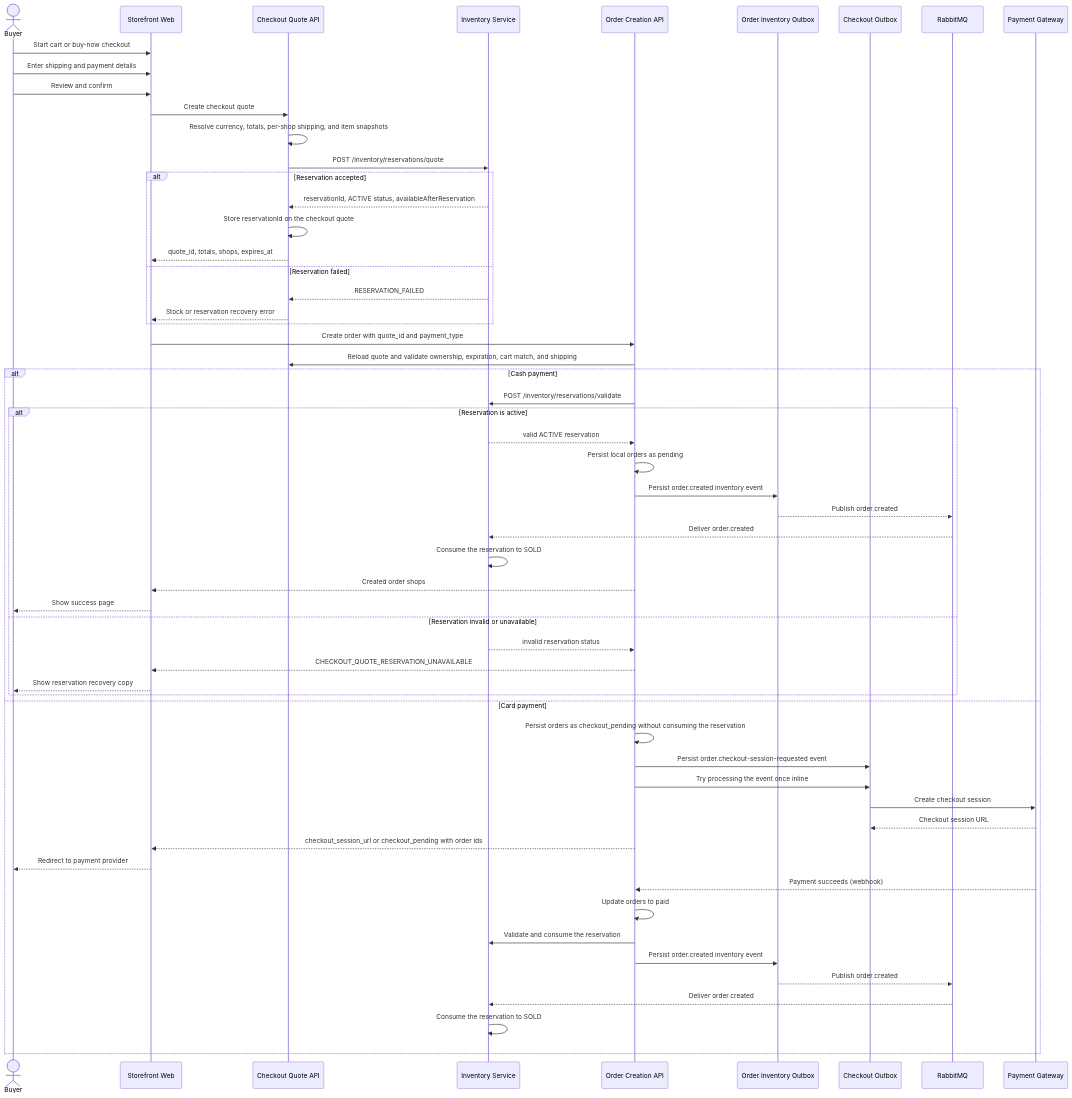
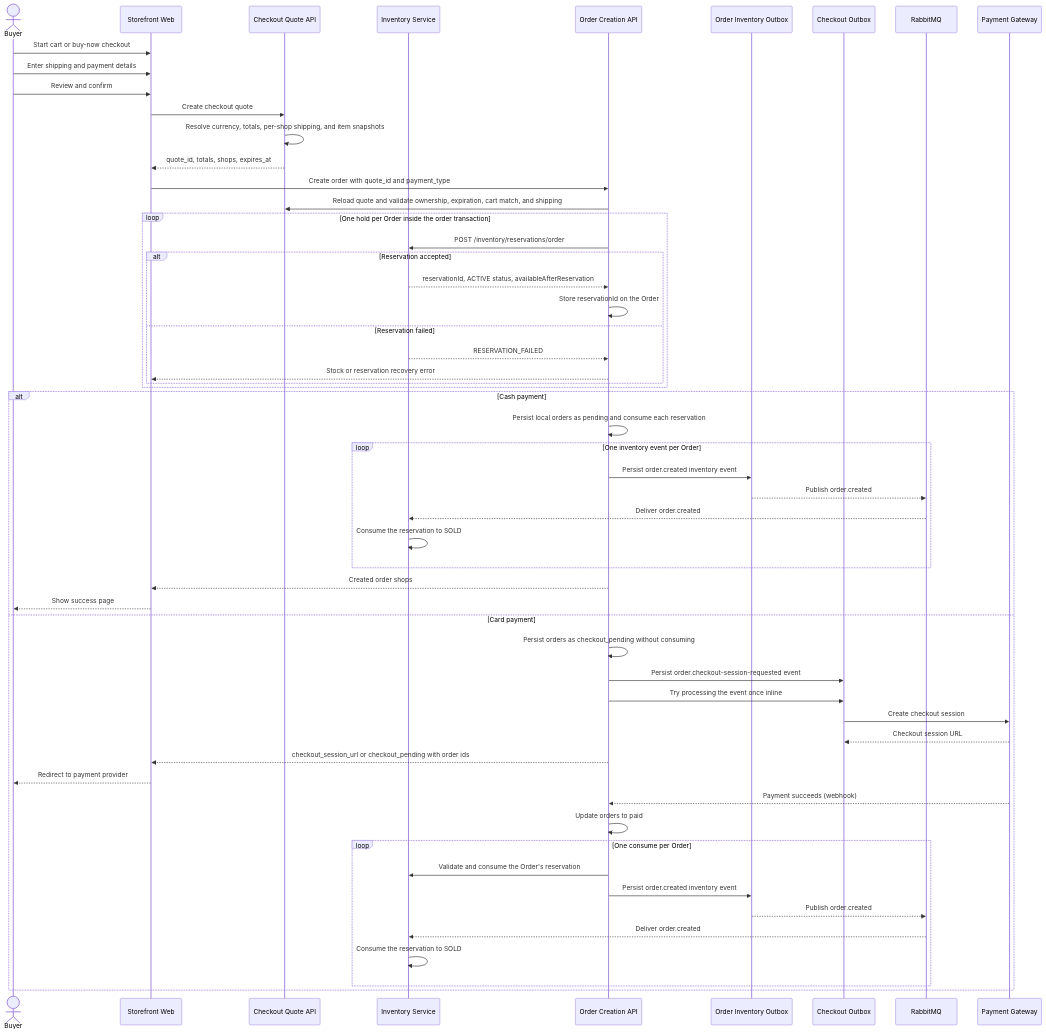
The second of 2 diagrams in docs/features/checkout/flow.md (dauphaihau-arc/arc), drawn with Mermaid before and after one commit. The commit also changed other lines of this file and 30 other files, not shown here.

Commit message:
docs(checkout): describe order-owned stock reservations and convert flows to diagrams

````diff
--- a/docs/features/checkout/flow.md
+++ b/docs/features/checkout/flow.md
@@ -65,62 +65,61 @@
 ```mermaid
 sequenceDiagram
     actor Buyer
     participant Web as Storefront Web
     participant Quote as Checkout Quote API
     participant Inventory as Inventory Service
     participant Order as Order Creation API
     participant InventoryOutbox as Order Inventory Outbox
     participant CheckoutOutbox as Checkout Outbox
     participant RabbitMQ
     participant Payment as Payment Gateway
 
     Buyer->>Web: Start cart or buy-now checkout
     Buyer->>Web: Enter shipping and payment details
     Buyer->>Web: Review and confirm
     Web->>Quote: Create checkout quote
     Quote->>Quote: Resolve currency, totals, per-shop shipping, and item snapshots
-    Quote->>Inventory: POST /inventory/reservations/quote
-    alt Reservation accepted
-        Inventory-->>Quote: reservationId, ACTIVE status, availableAfterReservation
-        Quote->>Quote: Store reservationId on the checkout quote
-        Quote-->>Web: quote_id, totals, shops, expires_at
-    else Reservation failed
-        Inventory-->>Quote: RESERVATION_FAILED
-        Quote-->>Web: Stock or reservation recovery error
-    end
+    Quote-->>Web: quote_id, totals, shops, expires_at
 
     Web->>Order: Create order with quote_id and payment_type
     Order->>Quote: Reload quote and validate ownership, expiration, cart match, and shipping
+    loop One hold per Order inside the order transaction
+        Order->>Inventory: POST /inventory/reservations/order
+        alt Reservation accepted
+            Inventory-->>Order: reservationId, ACTIVE status, availableAfterReservation
+            Order->>Order: Store reservationId on the Order
+        else Reservation failed
+            Inventory-->>Order: RESERVATION_FAILED
+            Order-->>Web: Stock or reservation recovery error
+        end
+    end
+
     alt Cash payment
-        Order->>Inventory: POST /inventory/reservations/validate
-        alt Reservation is active
-            Inventory-->>Order: valid ACTIVE reservation
-            Order->>Order: Persist local orders as pending
+        Order->>Order: Persist local orders as pending and consume each reservation
+        loop One inventory event per Order
             Order->>InventoryOutbox: Persist order.created inventory event
             InventoryOutbox-->>RabbitMQ: Publish order.created
             RabbitMQ-->>Inventory: Deliver order.created
             Inventory->>Inventory: Consume the reservation to SOLD
-            Order-->>Web: Created order shops
-            Web-->>Buyer: Show success page
-        else Reservation invalid or unavailable
-            Inventory-->>Order: invalid reservation status
-            Order-->>Web: CHECKOUT_QUOTE_RESERVATION_UNAVAILABLE
-            Web-->>Buyer: Show reservation recovery copy
         end
+        Order-->>Web: Created order shops
+        Web-->>Buyer: Show success page
     else Card payment
-        Order->>Order: Persist orders as checkout_pending without consuming the reservation
+        Order->>Order: Persist orders as checkout_pending without consuming
         Order->>CheckoutOutbox: Persist order.checkout-session-requested event
         Order->>CheckoutOutbox: Try processing the event once inline
         CheckoutOutbox->>Payment: Create checkout session
         Payment-->>CheckoutOutbox: Checkout session URL
         Order-->>Web: checkout_session_url or checkout_pending with order ids
         Web-->>Buyer: Redirect to payment provider
         Payment-->>Order: Payment succeeds (webhook)
         Order->>Order: Update orders to paid
-        Order->>Inventory: Validate and consume the reservation
-        Order->>InventoryOutbox: Persist order.created inventory event
-        InventoryOutbox-->>RabbitMQ: Publish order.created
-        RabbitMQ-->>Inventory: Deliver order.created
-        Inventory->>Inventory: Consume the reservation to SOLD
+        loop One consume per Order
+            Order->>Inventory: Validate and consume the Order's reservation
+            Order->>InventoryOutbox: Persist order.created inventory event
+            InventoryOutbox-->>RabbitMQ: Publish order.created
+            RabbitMQ-->>Inventory: Deliver order.created
+            Inventory->>Inventory: Consume the reservation to SOLD
+        end
     end
 ```
````
